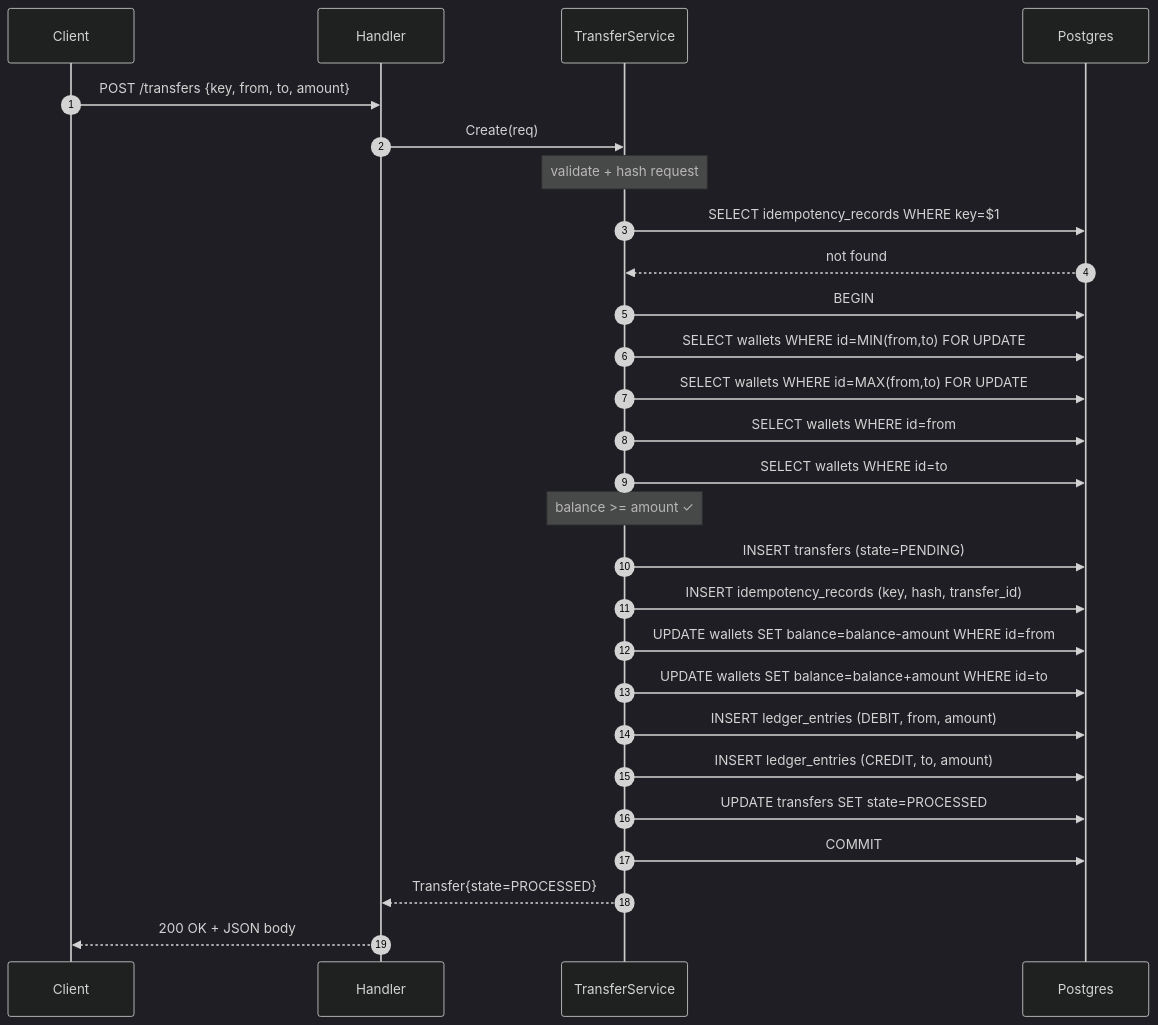
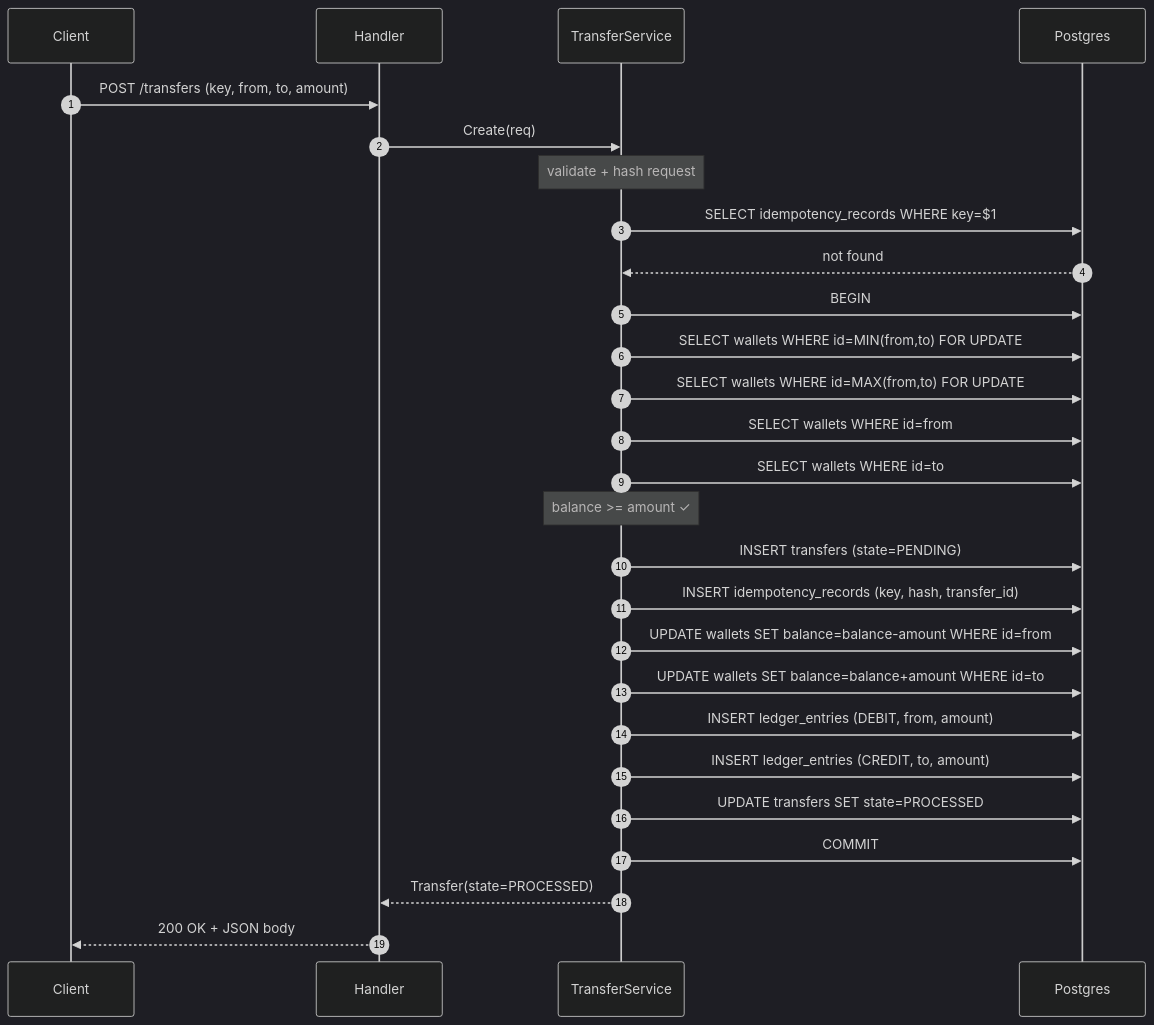
Before and after one commit to PratikDhanave/wallet-transfer-assignment: the ninth of 20 diagrams in README.md, drawn with Mermaid (dark theme). The commit also changed other lines of this file, not shown here.

````diff
--- a/README.md
+++ b/README.md
@@ -466,34 +465,34 @@
 ```mermaid
 sequenceDiagram
     autonumber
     participant C as Client
     participant H as Handler
     participant S as TransferService
     participant DB as Postgres
 
-    C->>H: POST /transfers {key, from, to, amount}
+    C->>H: POST /transfers (key, from, to, amount)
     H->>S: Create(req)
     Note over S: validate + hash request
 
     S->>DB: SELECT idempotency_records WHERE key=$1
     DB-->>S: not found
 
     S->>DB: BEGIN
     S->>DB: SELECT wallets WHERE id=MIN(from,to) FOR UPDATE
     S->>DB: SELECT wallets WHERE id=MAX(from,to) FOR UPDATE
     S->>DB: SELECT wallets WHERE id=from
     S->>DB: SELECT wallets WHERE id=to
     Note over S: balance >= amount ✓
 
     S->>DB: INSERT transfers (state=PENDING)
     S->>DB: INSERT idempotency_records (key, hash, transfer_id)
     S->>DB: UPDATE wallets SET balance=balance-amount WHERE id=from
     S->>DB: UPDATE wallets SET balance=balance+amount WHERE id=to
     S->>DB: INSERT ledger_entries (DEBIT, from, amount)
     S->>DB: INSERT ledger_entries (CREDIT, to, amount)
     S->>DB: UPDATE transfers SET state=PROCESSED
     S->>DB: COMMIT
 
-    S-->>H: Transfer{state=PROCESSED}
+    S-->>H: Transfer(state=PROCESSED)
     H-->>C: 200 OK + JSON body
 ```
````
